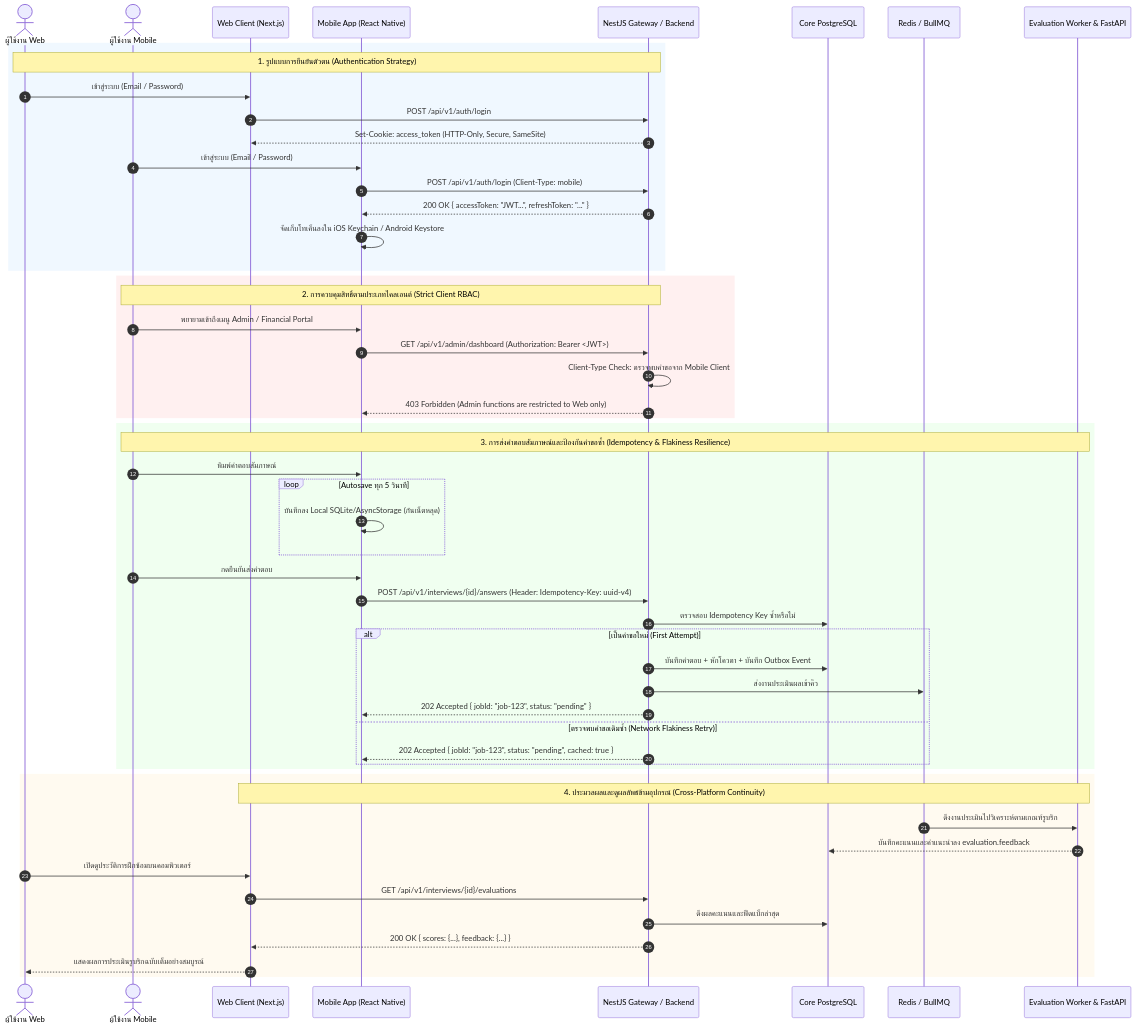
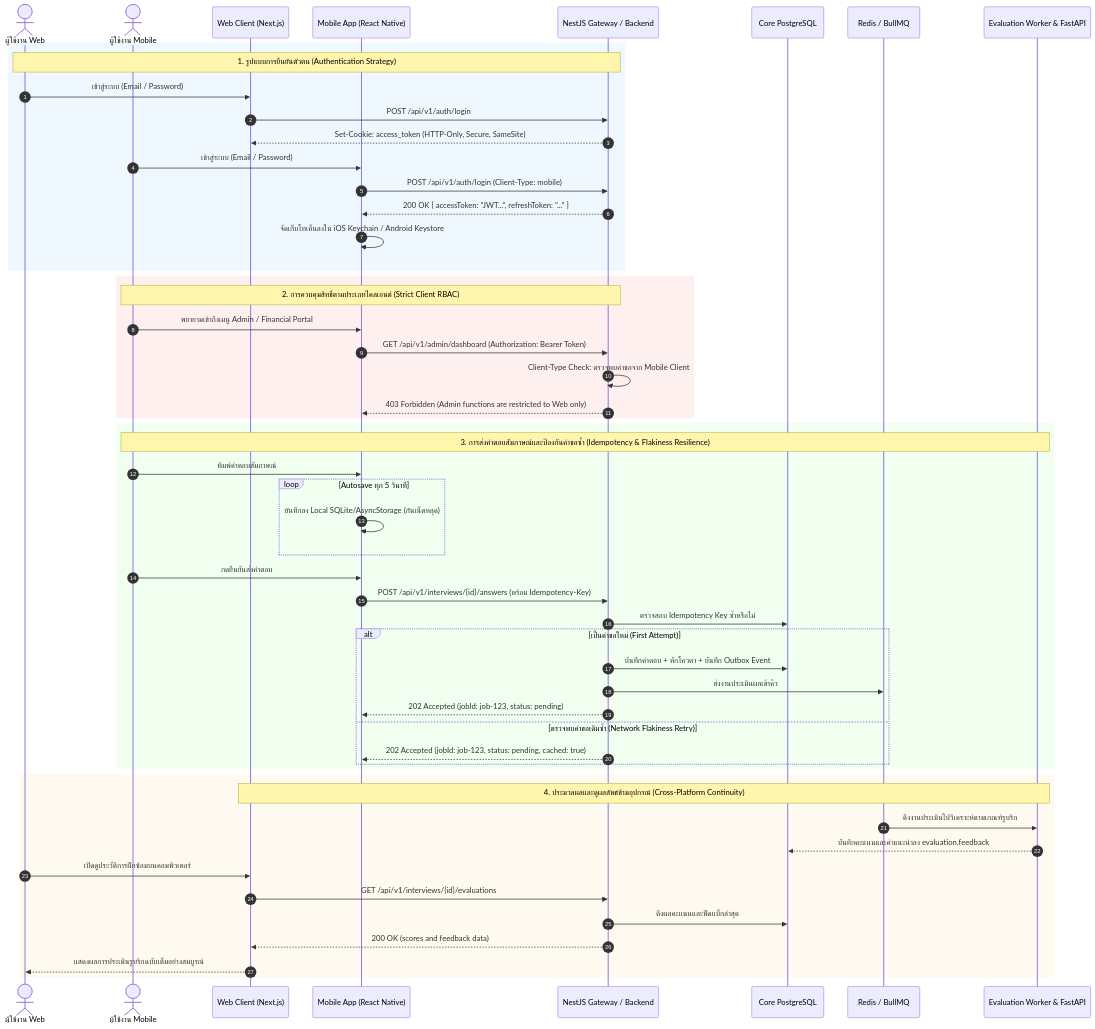
One commit to Phoomss/interviewx-datahub changed diagram 18 of 26 in docs-interviex/03_SRS_Requirements/InterviewX_SRS_Report_Revised_TH.md. Above: the diagram before and after it, drawn with Mermaid. The commit also changed other lines of this file and 21 other files, not shown here.

Commit message:
fix error Unable to render rich display for all diagram

````diff
--- a/docs-interviex/03_SRS_Requirements/InterviewX_SRS_Report_Revised_TH.md
+++ b/docs-interviex/03_SRS_Requirements/InterviewX_SRS_Report_Revised_TH.md
@@ -1914,66 +1913,66 @@
 ```mermaid
 sequenceDiagram
     autonumber
     actor UserWeb as ผู้ใช้งาน Web
     actor UserMobile as ผู้ใช้งาน Mobile
     participant ClientWeb as Web Client (Next.js)
     participant ClientMobile as Mobile App (React Native)
     participant API as NestJS Gateway / Backend
     participant DB as Core PostgreSQL
     participant Queue as Redis / BullMQ
     participant AI as Evaluation Worker & FastAPI
 
     %% 1. Authentication Strategy Comparison
     rect rgb(240, 248, 255)
     note over UserWeb, API: 1. รูปแบบการยืนยันตัวตน (Authentication Strategy)
     UserWeb->>ClientWeb: เข้าสู่ระบบ (Email / Password)
     ClientWeb->>API: POST /api/v1/auth/login
     API-->>ClientWeb: Set-Cookie: access_token (HTTP-Only, Secure, SameSite)
     
     UserMobile->>ClientMobile: เข้าสู่ระบบ (Email / Password)
     ClientMobile->>API: POST /api/v1/auth/login (Client-Type: mobile)
     API-->>ClientMobile: 200 OK { accessToken: "JWT...", refreshToken: "..." }
     ClientMobile->>ClientMobile: จัดเก็บโทเค็นลงใน iOS Keychain / Android Keystore
     end
 
     %% 2. Strict Client RBAC Enforcement
     rect rgb(255, 240, 240)
     note over UserMobile, API: 2. การควบคุมสิทธิ์ตามประเภทไคลเอนต์ (Strict Client RBAC)
     UserMobile->>ClientMobile: พยายามเข้าถึงเมนู Admin / Financial Portal
-    ClientMobile->>API: GET /api/v1/admin/dashboard (Authorization: Bearer <JWT>)
+    ClientMobile->>API: GET /api/v1/admin/dashboard (Authorization: Bearer Token)
     API->>API: Client-Type Check: ตรวจพบคำขอจาก Mobile Client
     API-->>ClientMobile: 403 Forbidden (Admin functions are restricted to Web only)
     end
 
     %% 3. Answer Submission & Idempotency
     rect rgb(240, 255, 240)
     note over UserMobile, AI: 3. การส่งคำตอบสัมภาษณ์และป้องกันคำขอซ้ำ (Idempotency & Flakiness Resilience)
     UserMobile->>ClientMobile: พิมพ์คำตอบสัมภาษณ์
     loop Autosave ทุก 5 วินาที
         ClientMobile->>ClientMobile: บันทึกลง Local SQLite/AsyncStorage (กันเน็ตหลุด)
     end
     UserMobile->>ClientMobile: กดยืนยันส่งคำตอบ
-    ClientMobile->>API: POST /api/v1/interviews/{id}/answers (Header: Idempotency-Key: uuid-v4)
+    ClientMobile->>API: POST /api/v1/interviews/{id}/answers (พร้อม Idempotency-Key)
     API->>DB: ตรวจสอบ Idempotency Key ซ้ำหรือไม่
     alt เป็นคำขอใหม่ (First Attempt)
         API->>DB: บันทึกคำตอบ + หักโควตา + บันทึก Outbox Event
         API->>Queue: ส่งงานประเมินผลเข้าคิว
-        API-->>ClientMobile: 202 Accepted { jobId: "job-123", status: "pending" }
+        API-->>ClientMobile: 202 Accepted (jobId: job-123, status: pending)
     else ตรวจพบคำขอเดิมซ้ำ (Network Flakiness Retry)
-        API-->>ClientMobile: 202 Accepted { jobId: "job-123", status: "pending", cached: true }
+        API-->>ClientMobile: 202 Accepted (jobId: job-123, status: pending, cached: true)
     end
     end
 
     %% 4. Asynchronous Evaluation & Cross-Platform State Sync
     rect rgb(255, 250, 240)
     note over ClientWeb, AI: 4. ประมวลผลและดูผลลัพธ์ข้ามอุปกรณ์ (Cross-Platform Continuity)
     Queue->>AI: ดึงงานประเมินไปวิเคราะห์ตามเกณฑ์รูบริก
     AI-->>DB: บันทึกคะแนนและคำแนะนำลง evaluation.feedback
     
     UserWeb->>ClientWeb: เปิดดูประวัติการฝึกซ้อมบนคอมพิวเตอร์
     ClientWeb->>API: GET /api/v1/interviews/{id}/evaluations
     API->>DB: ดึงผลคะแนนและฟีดแบ็กล่าสุด
-    API-->>ClientWeb: 200 OK { scores: {...}, feedback: {...} }
+    API-->>ClientWeb: 200 OK (scores and feedback data)
     ClientWeb-->>UserWeb: แสดงผลการประเมินรูบริกฉบับเต็มอย่างสมบูรณ์
     end
 ```
````
